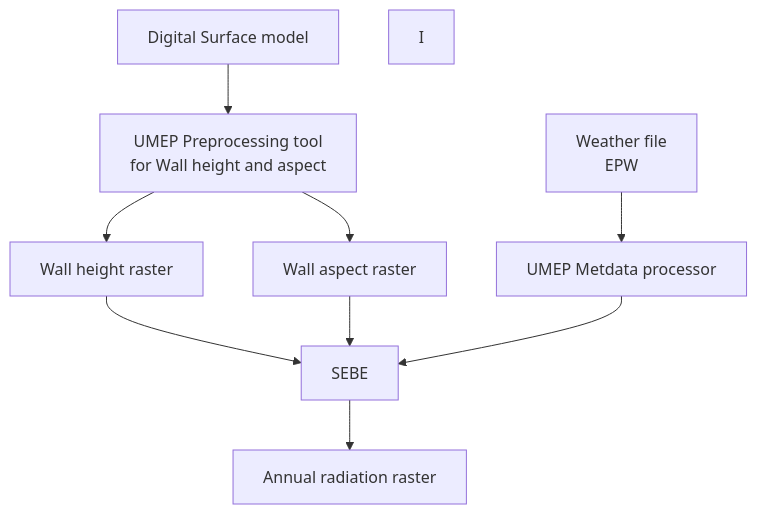
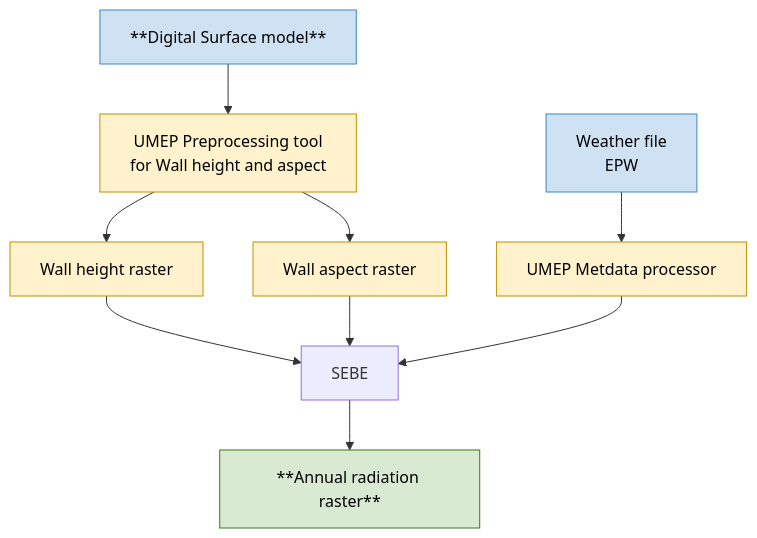
The third of 4 diagrams in methods.md (University-of-Tasmania-GPSS/AT3_Group1_2026), drawn with Mermaid before and after one commit.

Commit message:
Update methods.md
Adjustments to flow chart. Colours added

````diff
--- a/methods.md
+++ b/methods.md
@@ -264,16 +264,23 @@
 ```{mermaid}
 flowchart TD
-  A[Digital Surface model] --> B[UMEP Preprocessing tool<br> for Wall height and aspect]
+  A[**Digital Surface model**] --> B[UMEP Preprocessing tool<br> for Wall height and aspect]
   C[Weather file<br>EPW] --> D[UMEP Metdata processor]
   E[Wall height raster]
   F[Wall aspect raster]
   G[SEBE]
-  H[Annual radiation raster]
-  I
+  H[**Annual radiation raster**]
   B --> E
   B --> F
   E --> G
   F --> G
   D --> G
   G --> H
+
+  classDef input fill:#cfe2f3,stroke:#3d85c6,color:#000
+  classDef python fill:#fff2cc,stroke:#bf9000,color:#000
+  classDef output fill:#d9ead3,stroke:#38761d,color:#000
+
+  class A,C input
+  class B,D,E,F,H python
+  class H output
 ```
````
